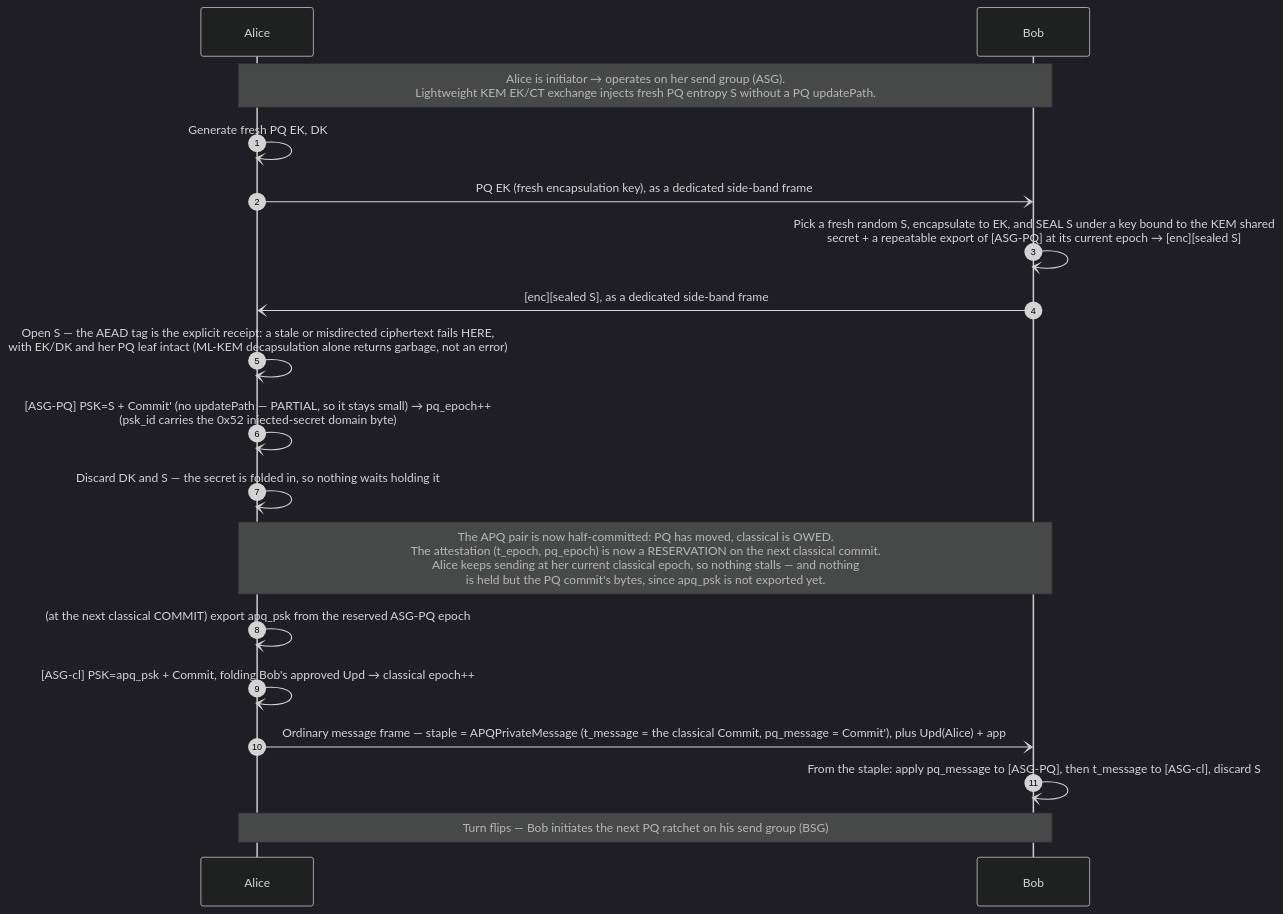
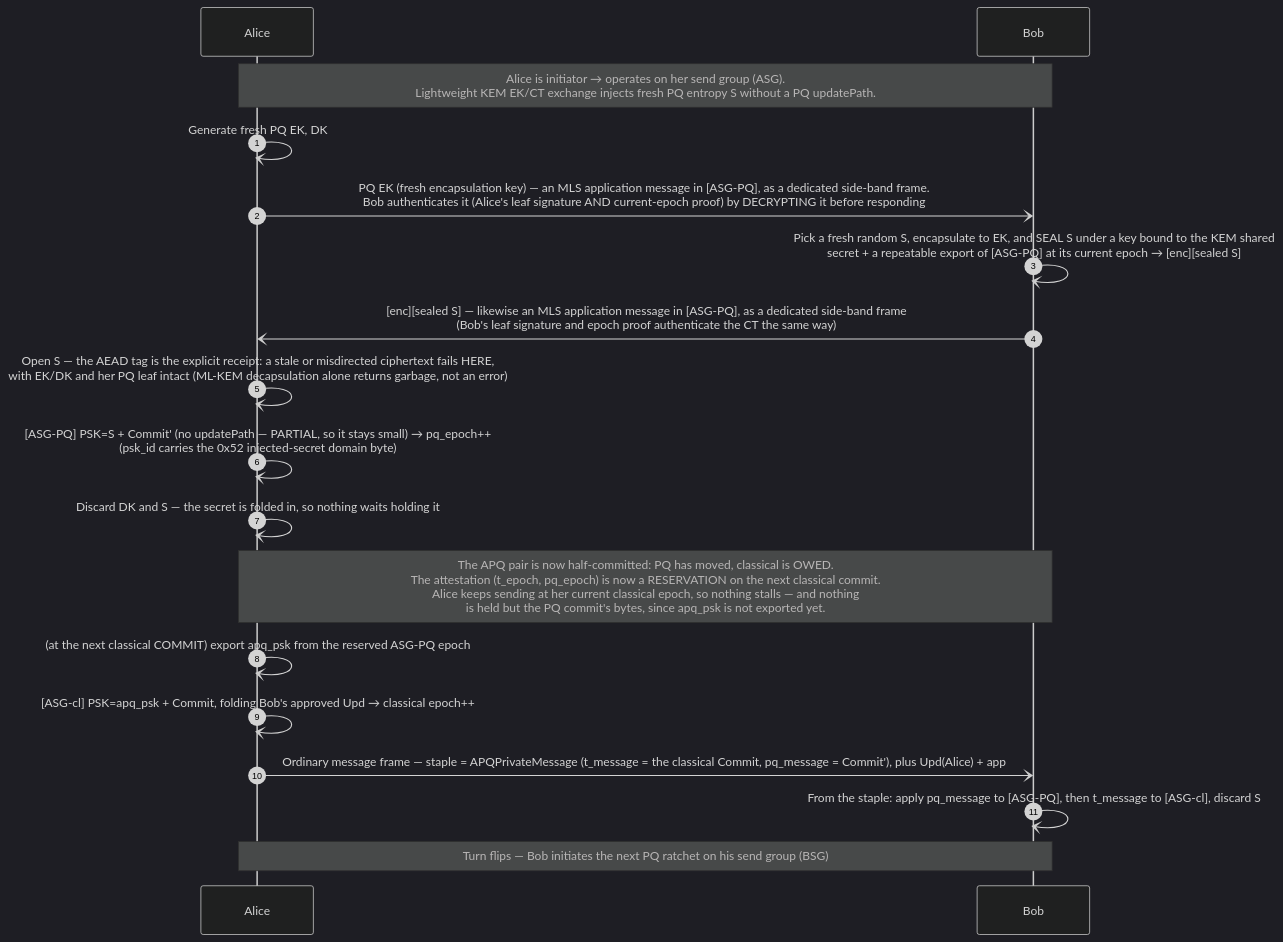
Before and after one commit to germ-network/TwoMLSPQ: the ninth of 10 diagrams in book/src/protocol-flows.md, drawn with Mermaid (dark theme). The commit also changed other lines of this file and 10 other files, not shown here.

First line of the commit message:
Authenticate A.4 ratchet legs as MLS application messages

````diff
--- a/book/src/protocol-flows.md
+++ b/book/src/protocol-flows.md
@@ -555,25 +555,25 @@
 ```mermaid
 sequenceDiagram
     autonumber
     participant Alice
     participant Bob
 
     Note over Alice,Bob: Alice is initiator → operates on her send group (ASG).<br/>Lightweight KEM EK/CT exchange injects fresh PQ entropy S without a PQ updatePath.
 
     Alice-)Alice: Generate fresh PQ EK, DK
-    Alice-)Bob: PQ EK (fresh encapsulation key), as a dedicated side-band frame
+    Alice-)Bob: PQ EK (fresh encapsulation key) — an MLS application message in [ASG-PQ], as a dedicated side-band frame.<br/>Bob authenticates it (Alice's leaf signature AND current-epoch proof) by DECRYPTING it before responding
     Bob-)Bob: Pick a fresh random S, encapsulate to EK, and SEAL S under a key bound to the KEM shared<br/>secret + a repeatable export of [ASG-PQ] at its current epoch → [enc][sealed S]
-    Bob-)Alice: [enc][sealed S], as a dedicated side-band frame
+    Bob-)Alice: [enc][sealed S] — likewise an MLS application message in [ASG-PQ], as a dedicated side-band frame<br/>(Bob's leaf signature and epoch proof authenticate the CT the same way)
     Alice-)Alice: Open S — the AEAD tag is the explicit receipt: a stale or misdirected ciphertext fails HERE,<br/>with EK/DK and her PQ leaf intact (ML-KEM decapsulation alone returns garbage, not an error)
 
     Alice-)Alice: [ASG-PQ] PSK=S + Commit' (no updatePath — PARTIAL, so it stays small) → pq_epoch++<br/>(psk_id carries the 0x52 injected-secret domain byte)
     Alice-)Alice: Discard DK and S — the secret is folded in, so nothing waits holding it
 
     Note over Alice,Bob: The APQ pair is now half-committed: PQ has moved, classical is OWED.<br/>The attestation (t_epoch, pq_epoch) is now a RESERVATION on the next classical commit.<br/>Alice keeps sending at her current classical epoch, so nothing stalls — and nothing<br/>is held but the PQ commit's bytes, since apq_psk is not exported yet.
 
     Alice-)Alice: (at the next classical COMMIT) export apq_psk from the reserved ASG-PQ epoch
     Alice-)Alice: [ASG-cl] PSK=apq_psk + Commit, folding Bob's approved Upd → classical epoch++
     Alice-)Bob: Ordinary message frame — staple = APQPrivateMessage (t_message = the classical Commit, pq_message = Commit'), plus Upd(Alice) + app
     Bob-)Bob: From the staple: apply pq_message to [ASG-PQ], then t_message to [ASG-cl], discard S
     Note over Alice,Bob: Turn flips — Bob initiates the next PQ ratchet on his send group (BSG)
 ```
````
